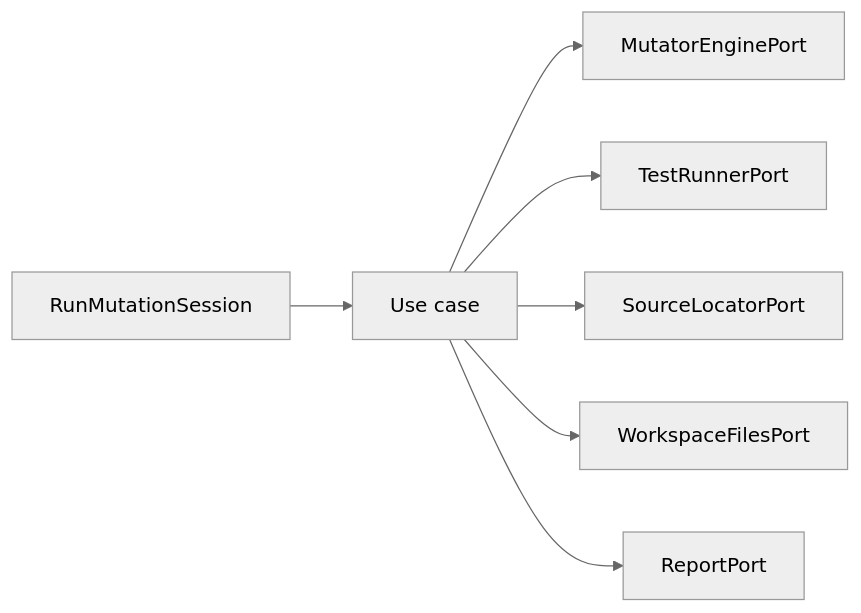
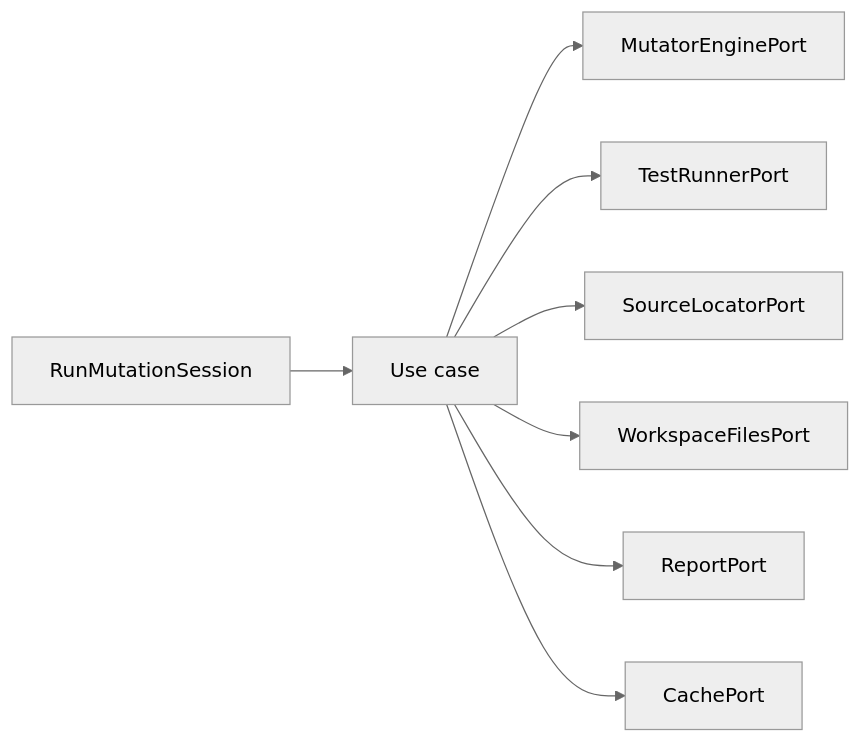
The fifth of 9 diagrams in ARCHITECTURE.md (RexySaragih/puca), drawn with Mermaid (neutral theme) before and after one commit. The commit also changed other lines of this file and 48 other files, not shown here.

````diff
--- a/ARCHITECTURE.md
+++ b/ARCHITECTURE.md
@@ -104,9 +110,10 @@
 ```mermaid
 flowchart LR
   Inbound["RunMutationSession"] --> UC[Use case]
   UC --> M[MutatorEnginePort]
   UC --> T[TestRunnerPort]
   UC --> S[SourceLocatorPort]
   UC --> W[WorkspaceFilesPort]
   UC --> R[ReportPort]
+  UC --> C[CachePort]
 ```
````
